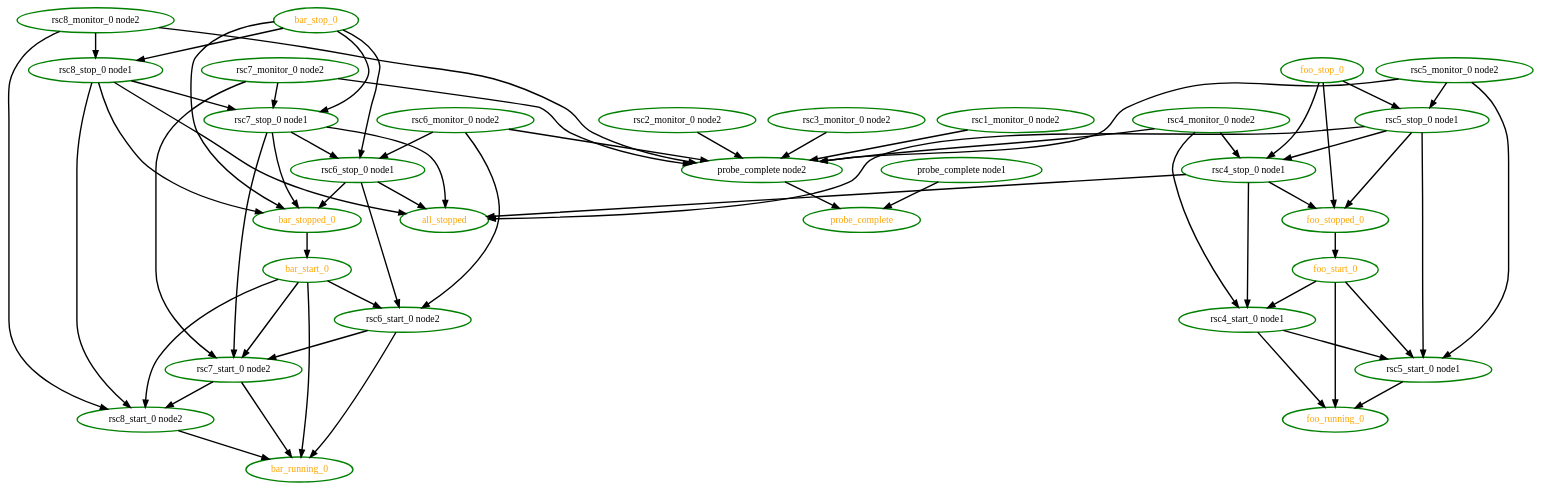
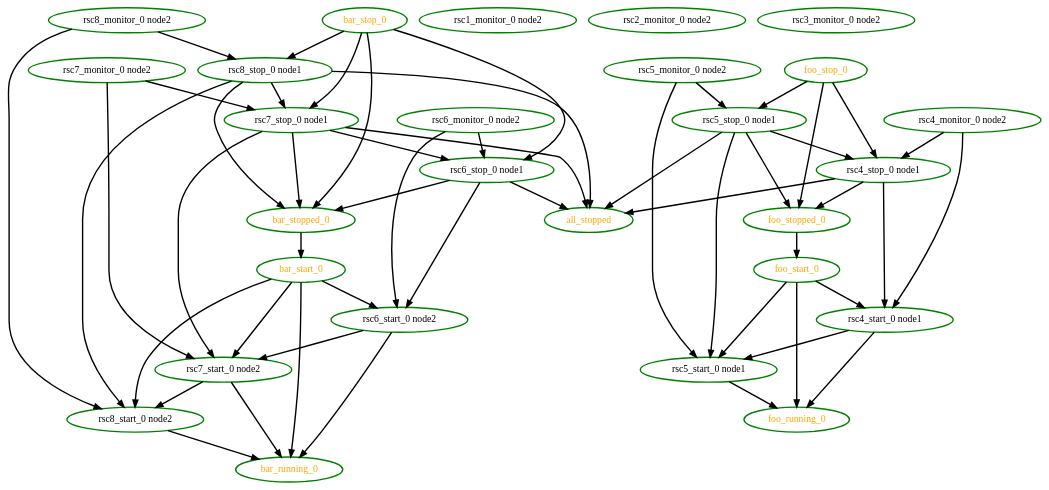
One commit to ClusterLabs/pacemaker changed the diagram in pengine/test10/group9.dot. Above: the diagram before and after it, drawn with Graphviz. The commit also changed 1336 other files, not shown here.

First line of the commit message:
Feature: PE: drop probe_complete actions

```diff
--- a/pengine/test10/group9.dot
+++ b/pengine/test10/group9.dot
@@ -1,94 +1,81 @@
  digraph "g" {
 "all_stopped" [ style=bold color="green" fontcolor="orange" ]
 "bar_running_0" [ style=bold color="green" fontcolor="orange" ]
 "bar_start_0" -> "bar_running_0" [ style = bold]
 "bar_start_0" -> "rsc6_start_0 node2" [ style = bold]
 "bar_start_0" -> "rsc7_start_0 node2" [ style = bold]
 "bar_start_0" -> "rsc8_start_0 node2" [ style = bold]
 "bar_start_0" [ style=bold color="green" fontcolor="orange" ]
 "bar_stop_0" -> "bar_stopped_0" [ style = bold]
 "bar_stop_0" -> "rsc6_stop_0 node1" [ style = bold]
 "bar_stop_0" -> "rsc7_stop_0 node1" [ style = bold]
 "bar_stop_0" -> "rsc8_stop_0 node1" [ style = bold]
 "bar_stop_0" [ style=bold color="green" fontcolor="orange" ]
 "bar_stopped_0" -> "bar_start_0" [ style = bold]
 "bar_stopped_0" [ style=bold color="green" fontcolor="orange" ]
 "foo_running_0" [ style=bold color="green" fontcolor="orange" ]
 "foo_start_0" -> "foo_running_0" [ style = bold]
 "foo_start_0" -> "rsc4_start_0 node1" [ style = bold]
 "foo_start_0" -> "rsc5_start_0 node1" [ style = bold]
 "foo_start_0" [ style=bold color="green" fontcolor="orange" ]
 "foo_stop_0" -> "foo_stopped_0" [ style = bold]
 "foo_stop_0" -> "rsc4_stop_0 node1" [ style = bold]
 "foo_stop_0" -> "rsc5_stop_0 node1" [ style = bold]
 "foo_stop_0" [ style=bold color="green" fontcolor="orange" ]
 "foo_stopped_0" -> "foo_start_0" [ style = bold]
 "foo_stopped_0" [ style=bold color="green" fontcolor="orange" ]
-"probe_complete node1" -> "probe_complete" [ style = bold]
-"probe_complete node1" [ style=bold color="green" fontcolor="black" ]
-"probe_complete node2" -> "probe_complete" [ style = bold]
-"probe_complete node2" [ style=bold color="green" fontcolor="black" ]
-"probe_complete" [ style=bold color="green" fontcolor="orange" ]
-"rsc1_monitor_0 node2" -> "probe_complete node2" [ style = bold]
 "rsc1_monitor_0 node2" [ style=bold color="green" fontcolor="black" ]
-"rsc2_monitor_0 node2" -> "probe_complete node2" [ style = bold]
 "rsc2_monitor_0 node2" [ style=bold color="green" fontcolor="black" ]
-"rsc3_monitor_0 node2" -> "probe_complete node2" [ style = bold]
 "rsc3_monitor_0 node2" [ style=bold color="green" fontcolor="black" ]
-"rsc4_monitor_0 node2" -> "probe_complete node2" [ style = bold]
 "rsc4_monitor_0 node2" -> "rsc4_start_0 node1" [ style = bold]
 "rsc4_monitor_0 node2" -> "rsc4_stop_0 node1" [ style = bold]
 "rsc4_monitor_0 node2" [ style=bold color="green" fontcolor="black" ]
 "rsc4_start_0 node1" -> "foo_running_0" [ style = bold]
 "rsc4_start_0 node1" -> "rsc5_start_0 node1" [ style = bold]
 "rsc4_start_0 node1" [ style=bold color="green" fontcolor="black" ]
 "rsc4_stop_0 node1" -> "all_stopped" [ style = bold]
 "rsc4_stop_0 node1" -> "foo_stopped_0" [ style = bold]
 "rsc4_stop_0 node1" -> "rsc4_start_0 node1" [ style = bold]
 "rsc4_stop_0 node1" [ style=bold color="green" fontcolor="black" ]
-"rsc5_monitor_0 node2" -> "probe_complete node2" [ style = bold]
 "rsc5_monitor_0 node2" -> "rsc5_start_0 node1" [ style = bold]
 "rsc5_monitor_0 node2" -> "rsc5_stop_0 node1" [ style = bold]
 "rsc5_monitor_0 node2" [ style=bold color="green" fontcolor="black" ]
 "rsc5_start_0 node1" -> "foo_running_0" [ style = bold]
 "rsc5_start_0 node1" [ style=bold color="green" fontcolor="black" ]
 "rsc5_stop_0 node1" -> "all_stopped" [ style = bold]
 "rsc5_stop_0 node1" -> "foo_stopped_0" [ style = bold]
 "rsc5_stop_0 node1" -> "rsc4_stop_0 node1" [ style = bold]
 "rsc5_stop_0 node1" -> "rsc5_start_0 node1" [ style = bold]
 "rsc5_stop_0 node1" [ style=bold color="green" fontcolor="black" ]
-"rsc6_monitor_0 node2" -> "probe_complete node2" [ style = bold]
 "rsc6_monitor_0 node2" -> "rsc6_start_0 node2" [ style = bold]
 "rsc6_monitor_0 node2" -> "rsc6_stop_0 node1" [ style = bold]
 "rsc6_monitor_0 node2" [ style=bold color="green" fontcolor="black" ]
 "rsc6_start_0 node2" -> "bar_running_0" [ style = bold]
 "rsc6_start_0 node2" -> "rsc7_start_0 node2" [ style = bold]
 "rsc6_start_0 node2" [ style=bold color="green" fontcolor="black" ]
 "rsc6_stop_0 node1" -> "all_stopped" [ style = bold]
 "rsc6_stop_0 node1" -> "bar_stopped_0" [ style = bold]
 "rsc6_stop_0 node1" -> "rsc6_start_0 node2" [ style = bold]
 "rsc6_stop_0 node1" [ style=bold color="green" fontcolor="black" ]
-"rsc7_monitor_0 node2" -> "probe_complete node2" [ style = bold]
 "rsc7_monitor_0 node2" -> "rsc7_start_0 node2" [ style = bold]
 "rsc7_monitor_0 node2" -> "rsc7_stop_0 node1" [ style = bold]
 "rsc7_monitor_0 node2" [ style=bold color="green" fontcolor="black" ]
 "rsc7_start_0 node2" -> "bar_running_0" [ style = bold]
 "rsc7_start_0 node2" -> "rsc8_start_0 node2" [ style = bold]
 "rsc7_start_0 node2" [ style=bold color="green" fontcolor="black" ]
 "rsc7_stop_0 node1" -> "all_stopped" [ style = bold]
 "rsc7_stop_0 node1" -> "bar_stopped_0" [ style = bold]
 "rsc7_stop_0 node1" -> "rsc6_stop_0 node1" [ style = bold]
 "rsc7_stop_0 node1" -> "rsc7_start_0 node2" [ style = bold]
 "rsc7_stop_0 node1" [ style=bold color="green" fontcolor="black" ]
-"rsc8_monitor_0 node2" -> "probe_complete node2" [ style = bold]
 "rsc8_monitor_0 node2" -> "rsc8_start_0 node2" [ style = bold]
 "rsc8_monitor_0 node2" -> "rsc8_stop_0 node1" [ style = bold]
 "rsc8_monitor_0 node2" [ style=bold color="green" fontcolor="black" ]
 "rsc8_start_0 node2" -> "bar_running_0" [ style = bold]
 "rsc8_start_0 node2" [ style=bold color="green" fontcolor="black" ]
 "rsc8_stop_0 node1" -> "all_stopped" [ style = bold]
 "rsc8_stop_0 node1" -> "bar_stopped_0" [ style = bold]
 "rsc8_stop_0 node1" -> "rsc7_stop_0 node1" [ style = bold]
 "rsc8_stop_0 node1" -> "rsc8_start_0 node2" [ style = bold]
 "rsc8_stop_0 node1" [ style=bold color="green" fontcolor="black" ]
 }
```
